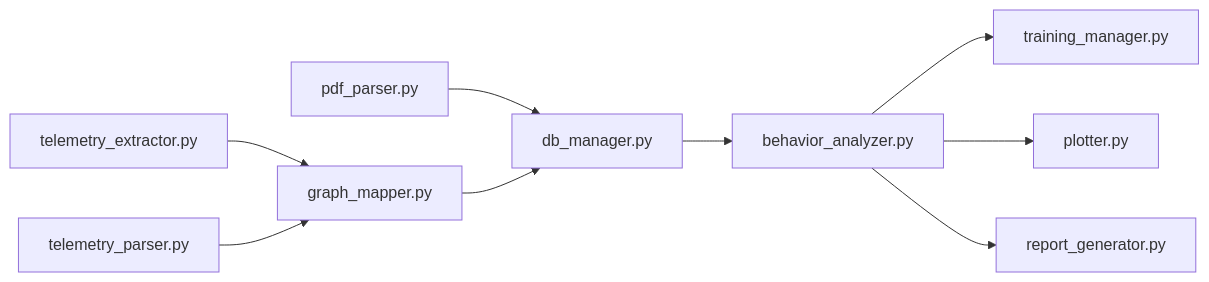
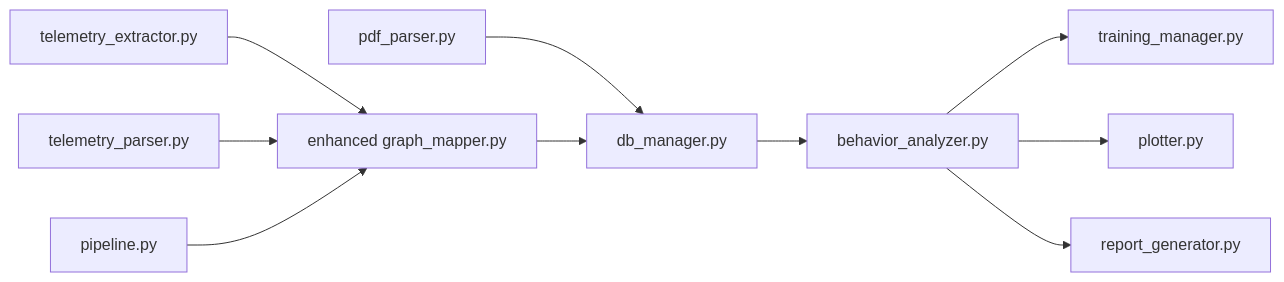
Before and after one commit to AgusCatra/Proyecto-titan.v2: the seventh of 7 diagrams in .qoder/repowiki/en/content/Core Processing Engine/Telemetry Processing.md, drawn with Mermaid. The commit also changed other lines of this file and 36 other files, not shown here.

````diff
--- a/.qoder/repowiki/en/content/Core Processing Engine/Telemetry Processing.md
+++ b/.qoder/repowiki/en/content/Core Processing Engine/Telemetry Processing.md
@@ -312,11 +346,12 @@
 ```mermaid
 graph LR
 PDF["pdf_parser.py"] --> DB["db_manager.py"]
-EX["telemetry_extractor.py"] --> MAP["graph_mapper.py"]
+EX["telemetry_extractor.py"] --> MAP["enhanced graph_mapper.py"]
 PAR["telemetry_parser.py"] --> MAP
 MAP --> DB
 DB --> BA["behavior_analyzer.py"]
 BA --> TM["training_manager.py"]
 BA --> PL["plotter.py"]
 BA --> RG["report_generator.py"]
+PIPE["pipeline.py"] --> MAP
 ```
````
